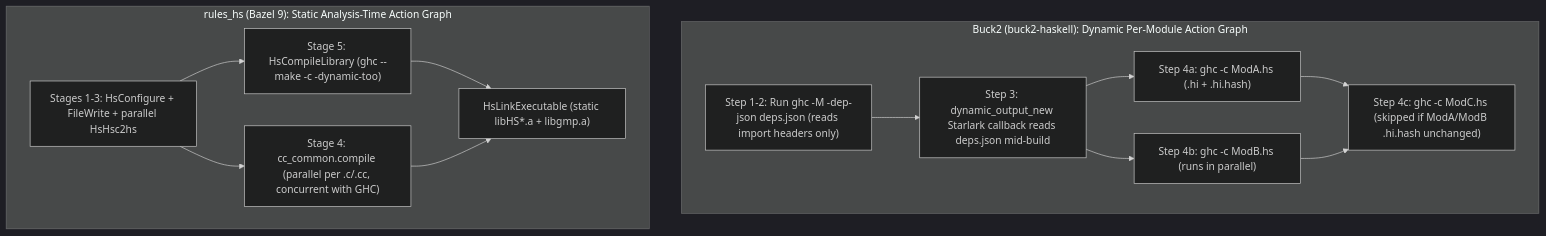
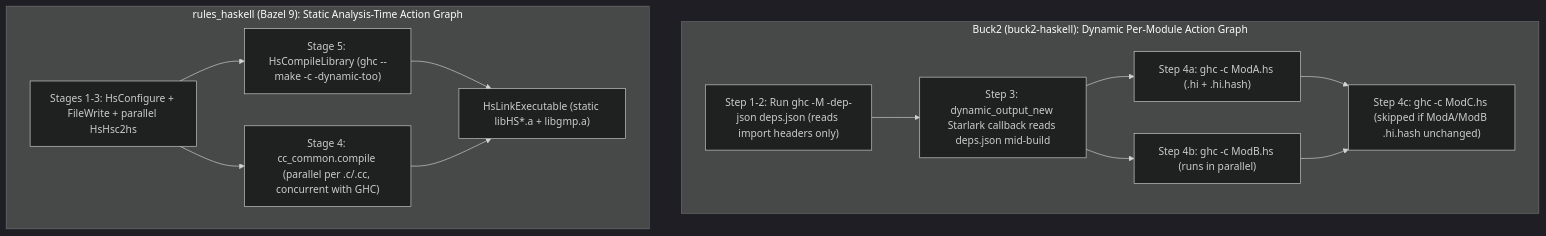
The third of 3 diagrams in docs/content/internals/rulesets-comparison.md (kaycebasques/hs), drawn with Mermaid (dark theme) before and after one commit. The commit also changed other lines of this file and 110 other files, not shown here.

Commit message:
refactor: rename project from rules_hs to rules_haskell

````diff
--- a/docs/content/internals/rulesets-comparison.md
+++ b/docs/content/internals/rulesets-comparison.md
@@ -205,17 +205,17 @@
 ```mermaid
 flowchart TD
     subgraph Buck2Dyn["Buck2 (buck2-haskell): Dynamic Per-Module Action Graph"]
         B_SCAN["Step 1-2: Run ghc -M -dep-json deps.json (reads import headers only)"] --> B_DYN["Step 3: dynamic_output_new Starlark callback reads deps.json mid-build"]
         B_DYN --> B_M1["Step 4a: ghc -c ModA.hs (.hi + .hi.hash)"]
         B_DYN --> B_M2["Step 4b: ghc -c ModB.hs (runs in parallel)"]
         B_M1 --> B_M3["Step 4c: ghc -c ModC.hs (skipped if ModA/ModB .hi.hash unchanged)"]
         B_M2 --> B_M3
     end
 
-    subgraph BazelStatic["rules_hs (Bazel 9): Static Analysis-Time Action Graph"]
+    subgraph BazelStatic["rules_haskell (Bazel 9): Static Analysis-Time Action Graph"]
         Z_PRE["Stages 1-3: HsConfigure + FileWrite + parallel HsHsc2hs"] --> Z_GHC["Stage 5: HsCompileLibrary (ghc --make -c -dynamic-too)"]
         Z_PRE --> Z_CC["Stage 4: cc_common.compile (parallel per .c/.cc, concurrent with GHC)"]
         Z_GHC --> Z_BIN["HsLinkExecutable (static libHS*.a + libgmp.a)"]
         Z_CC --> Z_BIN
     end
 ```
````
